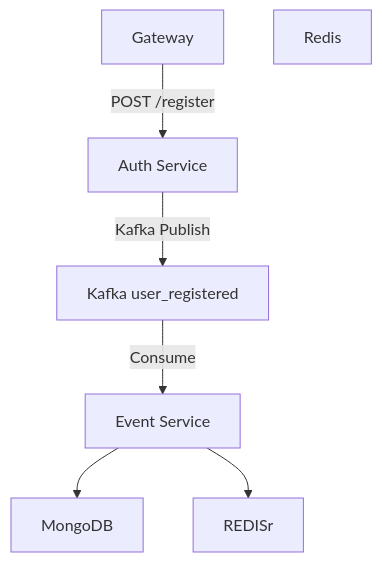
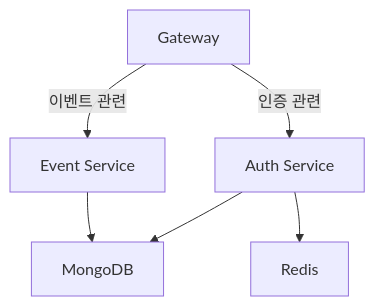
The diagram in README.md (foreverfl/nexon-backend), drawn with Mermaid before and after one commit. The commit also changed other lines of this file and 1 other file, not shown here.

````diff
--- a/README.md
+++ b/README.md
@@ -69,15 +34,14 @@
 ```mermaid
 graph TD
   GW[Gateway]
   AUTH[Auth Service]
   EVENT[Event Service]
-  KAFKA[Kafka user_registered]
   MONGO[MongoDB]
   REDIS[Redis]
 
-  GW -->|POST /register| AUTH
-  AUTH -->|Kafka Publish| KAFKA
-  KAFKA -->|Consume| EVENT
+  GW -->|인증 관련| AUTH
+  GW -->|이벤트 관련| EVENT
+  AUTH --> MONGO
+  AUTH --> REDIS
   EVENT --> MONGO
-  EVENT --> REDISr
 ```
````
